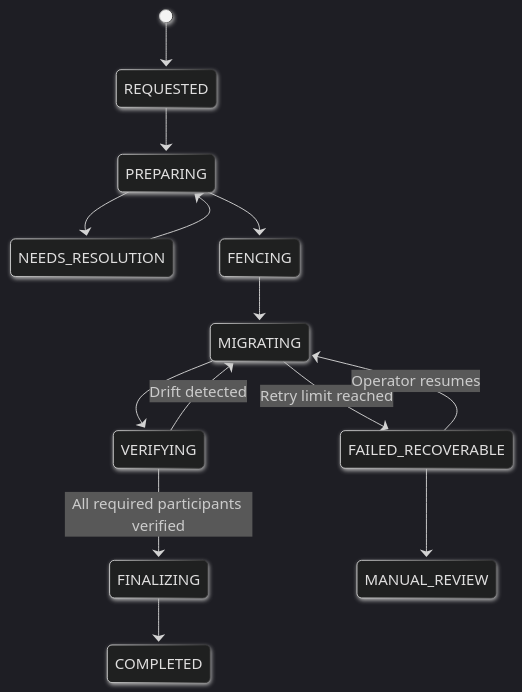
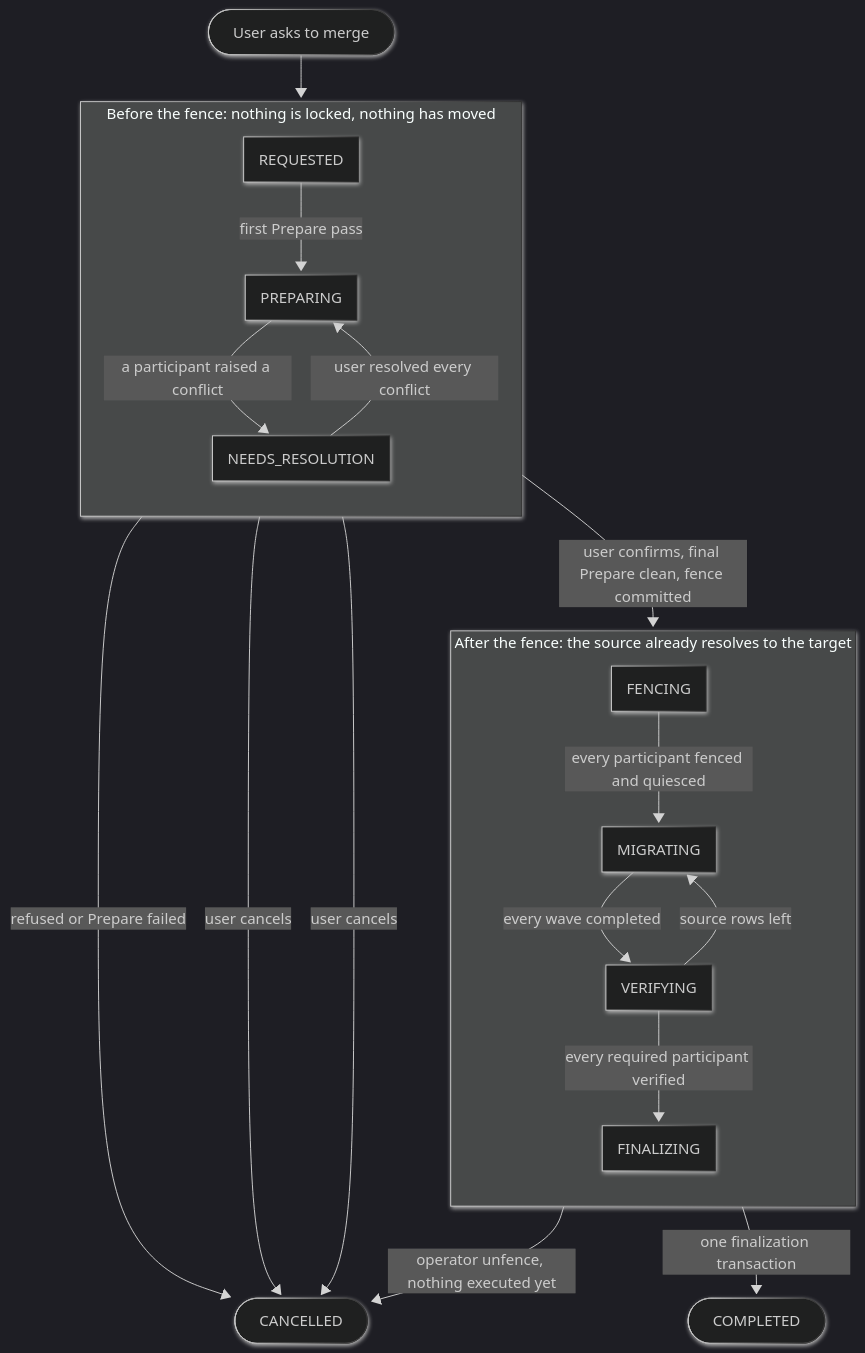
The second of 5 diagrams in src/content/blog/reliable-account-merge-microservices.mdx (dzenyu/dzenyu.github.io), drawn with Mermaid (dark theme) before and after one commit. The commit also changed other lines of this file, not shown here.

First line of the commit message:
docs(blog): update account merge post with latest design

````diff
--- a/src/content/blog/reliable-account-merge-microservices.mdx
+++ b/src/content/blog/reliable-account-merge-microservices.mdx
@@ -132,20 +192,31 @@
 ```mermaid
 ---
 config:
   look: neo
 ---
-stateDiagram-v2
-    [*] --> REQUESTED
-    REQUESTED --> PREPARING
-    PREPARING --> NEEDS_RESOLUTION
-    NEEDS_RESOLUTION --> PREPARING
-    PREPARING --> FENCING
-    FENCING --> MIGRATING
-    MIGRATING --> VERIFYING
-    VERIFYING --> MIGRATING: Drift detected
-    VERIFYING --> FINALIZING: All required participants verified
-    FINALIZING --> COMPLETED
-    MIGRATING --> FAILED_RECOVERABLE: Retry limit reached
-    FAILED_RECOVERABLE --> MIGRATING: Operator resumes
-    FAILED_RECOVERABLE --> MANUAL_REVIEW
+flowchart TD
+    START(["User asks to merge"]) --> REQUESTED
+
+    subgraph BEFORE["Before the fence: nothing is locked, nothing has moved"]
+        direction TB
+        REQUESTED["REQUESTED"] -- "first Prepare pass" --> PREPARING["PREPARING"]
+        PREPARING -- "a participant raised a conflict" --> NEEDS["NEEDS_RESOLUTION"]
+        NEEDS -- "user resolved every conflict" --> PREPARING
+    end
+
+    subgraph AFTER["After the fence: the source already resolves to the target"]
+        direction TB
+        FENCING["FENCING"] -- "every participant fenced and quiesced" --> MIGRATING["MIGRATING"]
+        MIGRATING -- "every wave completed" --> VERIFYING["VERIFYING"]
+        VERIFYING -- "source rows left" --> MIGRATING
+        VERIFYING -- "every required participant verified" --> FINALIZING["FINALIZING"]
+    end
+
+    PREPARING -- "user confirms, final Prepare clean, fence committed" --> FENCING
+    FINALIZING -- "one finalization transaction" --> COMPLETED(["COMPLETED"])
+
+    REQUESTED -- "user cancels" --> CANCELLED(["CANCELLED"])
+    NEEDS -- "user cancels" --> CANCELLED
+    PREPARING -- "refused or Prepare failed" --> CANCELLED
+    FENCING -- "operator unfence, nothing executed yet" --> CANCELLED
 ```
````
